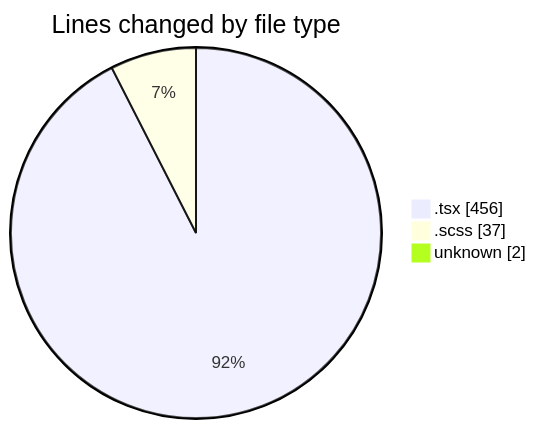
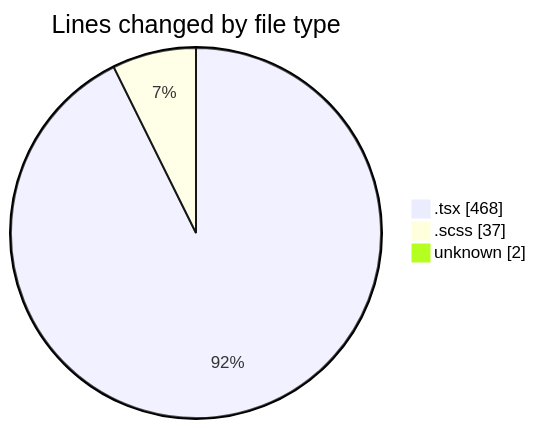
The first of 2 diagrams in 2025-02-13/cda/README.md (momahboobian/code-tracking), drawn with Mermaid before and after one commit. The commit also changed other lines of this file and 1 other file, not shown here.

````diff
--- a/2025-02-13/cda/README.md
+++ b/2025-02-13/cda/README.md
@@ -28,7 +28,7 @@
 ```mermaid
 pie showData
 title Lines changed by file type
-".tsx" : 456
+".tsx" : 468
 ".scss" : 37
 "unknown" : 2
 ```
````
